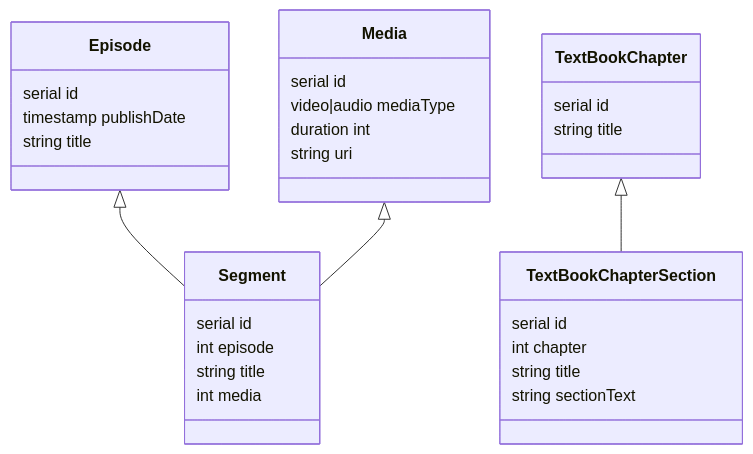
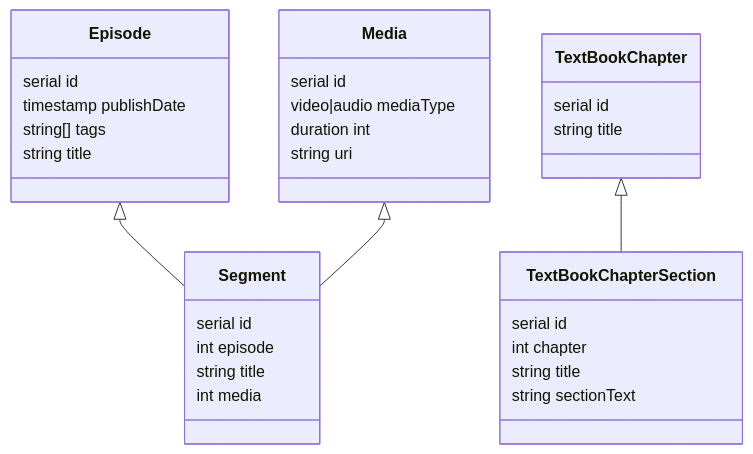
One commit to marjmandi/tech-lead-2023-01-exercise changed the third of 4 diagrams in README.md. Above: the diagram before and after it, drawn with Mermaid. The commit also changed other lines of this file, not shown here.

````diff
--- a/README.md
+++ b/README.md
@@ -14,34 +52,35 @@
 ```mermaid
 classDiagram
     Episode <|-- Segment
     Media <|-- Segment
     TextBookChapter <|-- TextBookChapterSection
 
    class Episode{
     serial id
     timestamp publishDate
+    string[] tags
     string title
    }
    class Segment{
     serial id
     int episode
     string title
     int media
    }
    class Media {
     serial id
     video|audio mediaType
     duration int
     string uri
    }
    class TextBookChapter{
     serial id
     string title
    }
    class TextBookChapterSection{
     serial id
     int chapter
     string title
     string sectionText
    }
 ```
````
